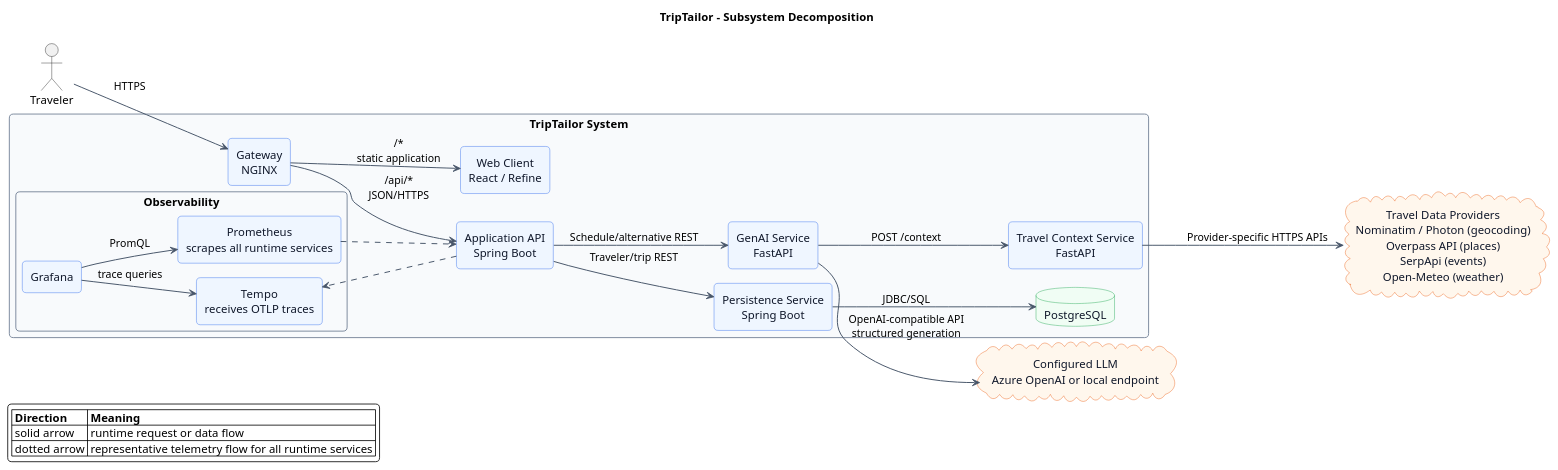
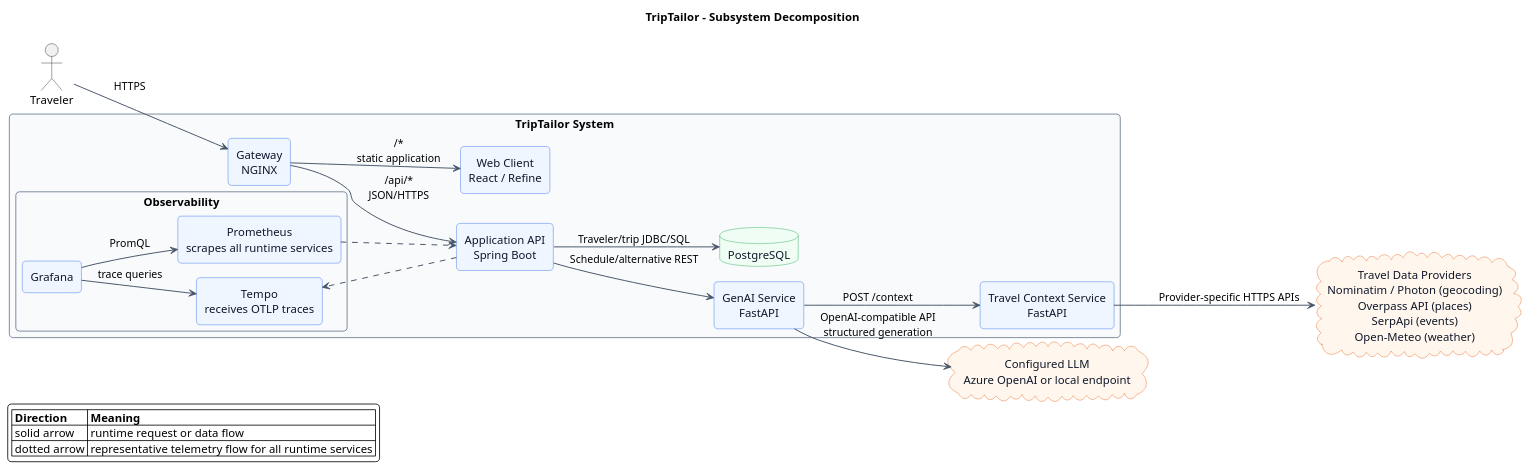
Before and after one commit to AET-DevOps26/team-continuous-vacation: the diagram in diagrams/subsystem-decomposition.puml, drawn with PlantUML. The commit also changed 67 other files, not shown here.

```diff
--- a/diagrams/subsystem-decomposition.puml
+++ b/diagrams/subsystem-decomposition.puml
@@ -1,75 +1,73 @@
 @startuml subsystem-decomposition
 !pragma layout smetana
 title TripTailor - Subsystem Decomposition
 
 left to right direction
 skinparam backgroundColor #FFFFFF
 skinparam shadowing false
 skinparam roundCorner 10
 skinparam componentStyle rectangle
 skinparam defaultFontName Arial
 skinparam defaultTextAlignment center
 skinparam ArrowColor #475569
 skinparam ArrowThickness 1.2
 skinparam packageBorderColor #64748B
 skinparam packageBackgroundColor #F8FAFC
 skinparam component {
   BackgroundColor #EFF6FF
   BorderColor #2563EB
   FontColor #0F172A
 }
 skinparam database {
   BackgroundColor #F0FDF4
   BorderColor #16A34A
   FontColor #0F172A
 }
 skinparam cloud {
   BackgroundColor #FFF7ED
   BorderColor #EA580C
   FontColor #0F172A
 }
 
 actor Traveler
 
 rectangle "TripTailor System" {
   component "Gateway\nNGINX" as Gateway
   component "Web Client\nReact / Refine" as Frontend
   component "Application API\nSpring Boot" as Backend
-  component "Persistence Service\nSpring Boot" as Persistence
   component "GenAI Service\nFastAPI" as GenAI
   component "Travel Context Service\nFastAPI" as Context
   database "PostgreSQL" as Database
 
   rectangle "Observability" {
     component "Prometheus\nscrapes all runtime services" as Prometheus
     component "Grafana" as Grafana
     component "Tempo\nreceives OTLP traces" as Tempo
   }
 }
 
 cloud "Configured LLM\nAzure OpenAI or local endpoint" as LLM
 cloud "Travel Data Providers\nNominatim / Photon (geocoding)\nOverpass API (places)\nSerpApi (events)\nOpen-Meteo (weather)" as Providers
 
 Traveler --> Gateway : HTTPS
 Gateway --> Frontend : /*\nstatic application
 Gateway --> Backend : /api/*\nJSON/HTTPS
 
-Backend --> Persistence : Traveler/trip REST
 Backend --> GenAI : Schedule/alternative REST
-Persistence --> Database : JDBC/SQL
+Backend --> Database : Traveler/trip JDBC/SQL
 GenAI --> LLM : OpenAI-compatible API\nstructured generation
 GenAI --> Context : POST /context
 Context --> Providers : Provider-specific HTTPS APIs
 
 Prometheus ..> Backend
 Grafana --> Prometheus : PromQL
 Backend ..> Tempo
 Grafana --> Tempo : trace queries
 
 legend left
   |= Direction |= Meaning |
   | solid arrow | runtime request or data flow |
   | dotted arrow | representative telemetry flow for all runtime services |
 endlegend
 
 @enduml
```
